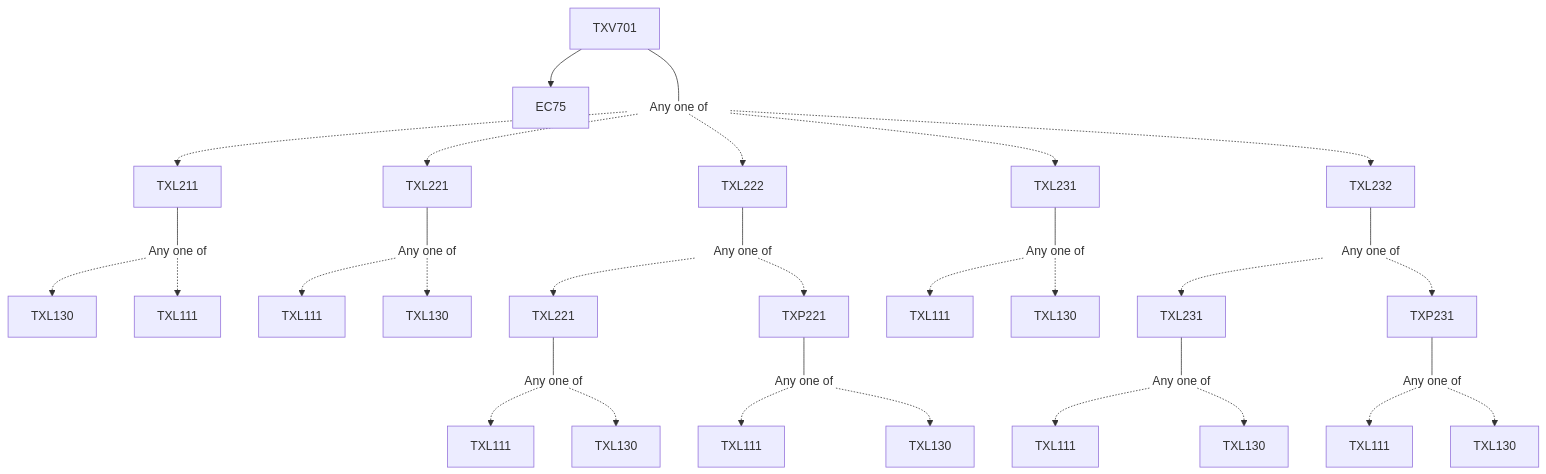
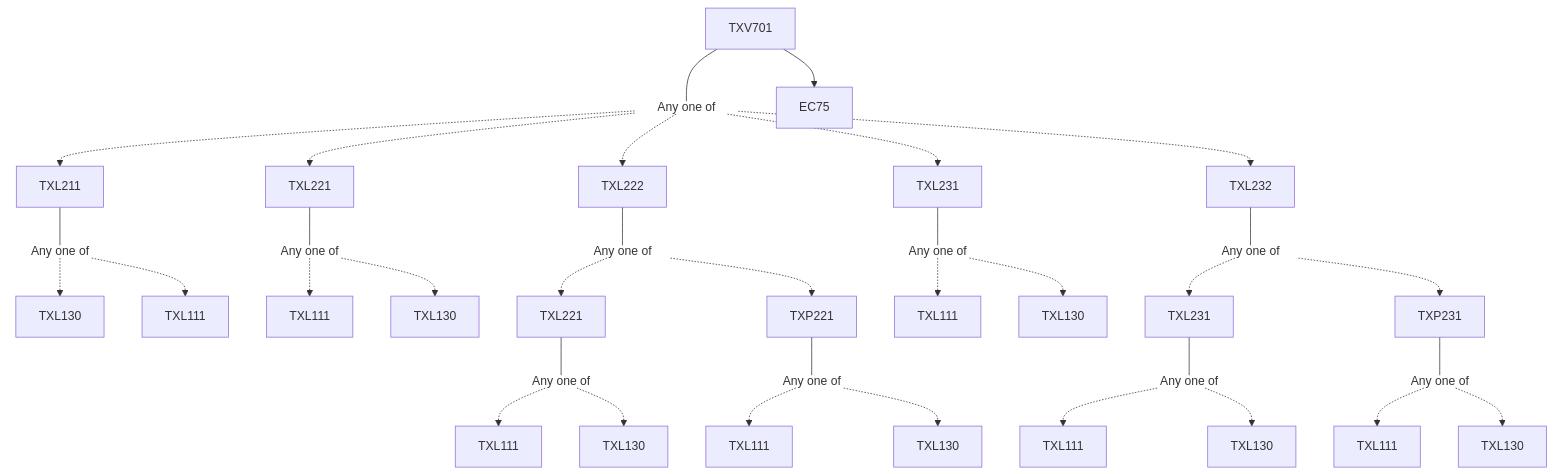
The diagram in content/Textile and Fibre Engineering/TXV701.md (KeshavBansal0122/CoS_Website), drawn with Mermaid before and after one commit. The commit also changed other lines of this file and 2667 other files, not shown here.

````diff
--- a/content/Textile and Fibre Engineering/TXV701.md
+++ b/content/Textile and Fibre Engineering/TXV701.md
@@ -15,41 +13,41 @@
 ```mermaid
 flowchart TD
-TXV701-728[TXV701]
-TXV701-728 --> EC75-728[EC75]
-TXV701-728 --- Or729[Any one of]:::empty
-TXL211-730 --- Or731[Any one of]:::empty
-Or731 -.-> TXL130-732[TXL130]
-Or731 -.-> TXL111-733[TXL111]
-Or729 -.-> TXL211-730[TXL211]
-Or729 -.-> TXL221-734[TXL221]
-TXL221-734 --- Or735[Any one of]:::empty
-Or735 -.-> TXL111-736[TXL111]
-Or735 -.-> TXL130-737[TXL130]
-TXL222-738 --- Or739[Any one of]:::empty
-TXL221-740 --- Or741[Any one of]:::empty
-Or741 -.-> TXL111-742[TXL111]
-Or741 -.-> TXL130-743[TXL130]
-Or739 -.-> TXL221-740[TXL221]
-Or739 -.-> TXP221-744[TXP221]
-TXP221-744 --- Or745[Any one of]:::empty
-Or745 -.-> TXL111-746[TXL111]
-Or745 -.-> TXL130-747[TXL130]
-Or729 -.-> TXL222-738[TXL222]
-TXL231-748 --- Or749[Any one of]:::empty
-Or749 -.-> TXL111-750[TXL111]
-Or749 -.-> TXL130-751[TXL130]
-Or729 -.-> TXL231-748[TXL231]
-TXL232-752 --- Or753[Any one of]:::empty
-Or753 -.-> TXL231-754[TXL231]
-TXL231-754 --- Or755[Any one of]:::empty
-Or755 -.-> TXL111-756[TXL111]
-Or755 -.-> TXL130-757[TXL130]
-Or753 -.-> TXP231-758[TXP231]
-TXP231-758 --- Or759[Any one of]:::empty
-Or759 -.-> TXL111-760[TXL111]
-Or759 -.-> TXL130-761[TXL130]
-Or729 -.-> TXL232-752[TXL232]
+TXV701-1962[TXV701]
+TXV701-1962 --- Or1963[Any one of]:::empty
+TXL211-1964 --- Or1965[Any one of]:::empty
+Or1965 -.-> TXL130-1966[TXL130]
+Or1965 -.-> TXL111-1967[TXL111]
+Or1963 -.-> TXL211-1964[TXL211]
+TXL221-1968 --- Or1969[Any one of]:::empty
+Or1969 -.-> TXL111-1970[TXL111]
+Or1969 -.-> TXL130-1971[TXL130]
+Or1963 -.-> TXL221-1968[TXL221]
+Or1963 -.-> TXL222-1972[TXL222]
+TXL222-1972 --- Or1973[Any one of]:::empty
+TXL221-1974 --- Or1975[Any one of]:::empty
+Or1975 -.-> TXL111-1976[TXL111]
+Or1975 -.-> TXL130-1977[TXL130]
+Or1973 -.-> TXL221-1974[TXL221]
+TXP221-1978 --- Or1979[Any one of]:::empty
+Or1979 -.-> TXL111-1980[TXL111]
+Or1979 -.-> TXL130-1981[TXL130]
+Or1973 -.-> TXP221-1978[TXP221]
+TXL231-1982 --- Or1983[Any one of]:::empty
+Or1983 -.-> TXL111-1984[TXL111]
+Or1983 -.-> TXL130-1985[TXL130]
+Or1963 -.-> TXL231-1982[TXL231]
+Or1963 -.-> TXL232-1986[TXL232]
+TXL232-1986 --- Or1987[Any one of]:::empty
+Or1987 -.-> TXL231-1988[TXL231]
+TXL231-1988 --- Or1989[Any one of]:::empty
+Or1989 -.-> TXL111-1990[TXL111]
+Or1989 -.-> TXL130-1991[TXL130]
+TXP231-1992 --- Or1993[Any one of]:::empty
+Or1993 -.-> TXL111-1994[TXL111]
+Or1993 -.-> TXL130-1995[TXL130]
+Or1987 -.-> TXP231-1992[TXP231]
+TXV701-1962 --> EC75-1962[EC75]
 
 classDef empty height:17px, fill:transparent, stroke:transparent;
 classDef trueEmpty height:0px, width:0px;
 ```
````
